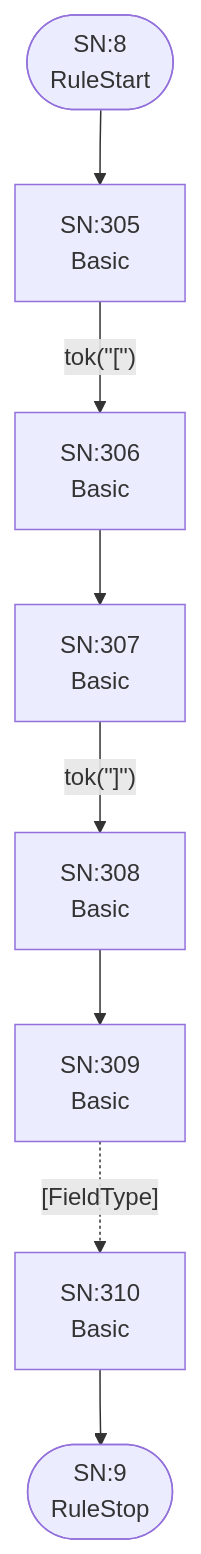
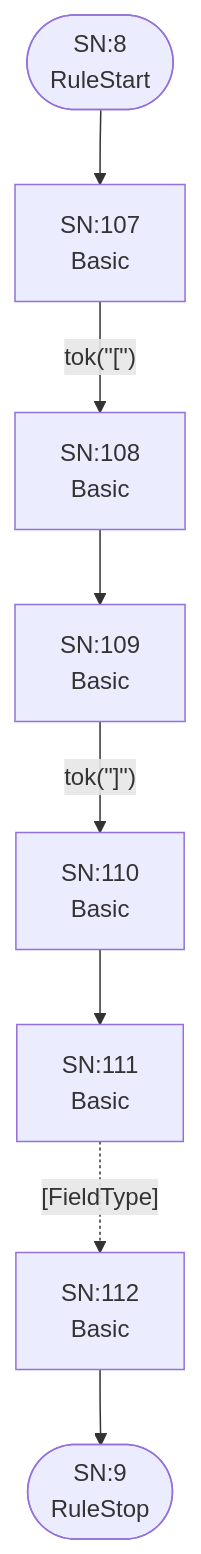
One commit to TypeFox/fastbelt changed the fifth of 25 diagrams in internal/grammar/atn.md. Above: the diagram before and after it, drawn with Mermaid. The commit also changed other lines of this file and 12 other files, not shown here.

````diff
--- a/internal/grammar/atn.md
+++ b/internal/grammar/atn.md
@@ -169,19 +169,19 @@
 ```mermaid
 flowchart TD
     q8(["SN:8<br/>RuleStart"])
     q9(["SN:9<br/>RuleStop"])
-    q305["SN:305<br/>Basic<br/>"]
-    q306["SN:306<br/>Basic<br/>"]
-    q307["SN:307<br/>Basic<br/>"]
-    q308["SN:308<br/>Basic<br/>"]
-    q309["SN:309<br/>Basic<br/>"]
-    q310["SN:310<br/>Basic<br/>"]
+    q107["SN:107<br/>Basic<br/>"]
+    q108["SN:108<br/>Basic<br/>"]
+    q109["SN:109<br/>Basic<br/>"]
+    q110["SN:110<br/>Basic<br/>"]
+    q111["SN:111<br/>Basic<br/>"]
+    q112["SN:112<br/>Basic<br/>"]
 
-    q8 --> q305
-    q305 -->|"tok(&quot;[&quot;)"| q306
-    q306 --> q307
-    q307 -->|"tok(&quot;]&quot;)"| q308
-    q308 --> q309
-    q309 -.->|"[FieldType]"| q310
-    q310 --> q9
+    q8 --> q107
+    q107 -->|"tok(&quot;[&quot;)"| q108
+    q108 --> q109
+    q109 -->|"tok(&quot;]&quot;)"| q110
+    q110 --> q111
+    q111 -.->|"[FieldType]"| q112
+    q112 --> q9
 ```
````
